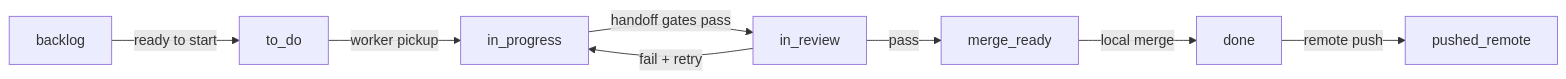
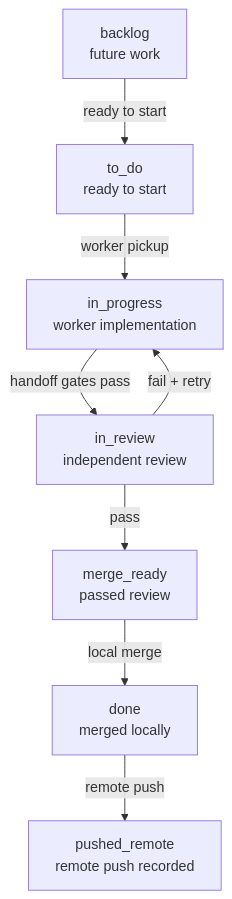
The first of 2 diagrams in packages/agent/onboarding-full.md (ArendiStudio/homebrew-apps), drawn with Mermaid before and after one commit. The commit also changed other lines of this file and 2 other files, not shown here.

Commit message:
docs: clarify commands and onboarding diagrams

````diff
--- a/packages/agent/onboarding-full.md
+++ b/packages/agent/onboarding-full.md
@@ -338,18 +342,18 @@
 ```mermaid
-flowchart LR
-  Backlog["backlog"]
-  Todo["to_do"]
-  Progress["in_progress"]
-  Review["in_review"]
-  MergeReady["merge_ready"]
-  Done["done"]
-  Pushed["pushed_remote"]
+flowchart TD
+  Backlog["backlog<br/>future work"]
+  Todo["to_do<br/>ready to start"]
+  Progress["in_progress<br/>worker implementation"]
+  Review["in_review<br/>independent review"]
+  MergeReady["merge_ready<br/>passed review"]
+  Done["done<br/>merged locally"]
+  Pushed["pushed_remote<br/>remote push recorded"]
 
   Backlog -->|"ready to start"| Todo
   Todo -->|"worker pickup"| Progress
   Progress -->|"handoff gates pass"| Review
   Review -->|"pass"| MergeReady
   Review -->|"fail + retry"| Progress
   MergeReady -->|"local merge"| Done
   Done -->|"remote push"| Pushed
 ```
````
